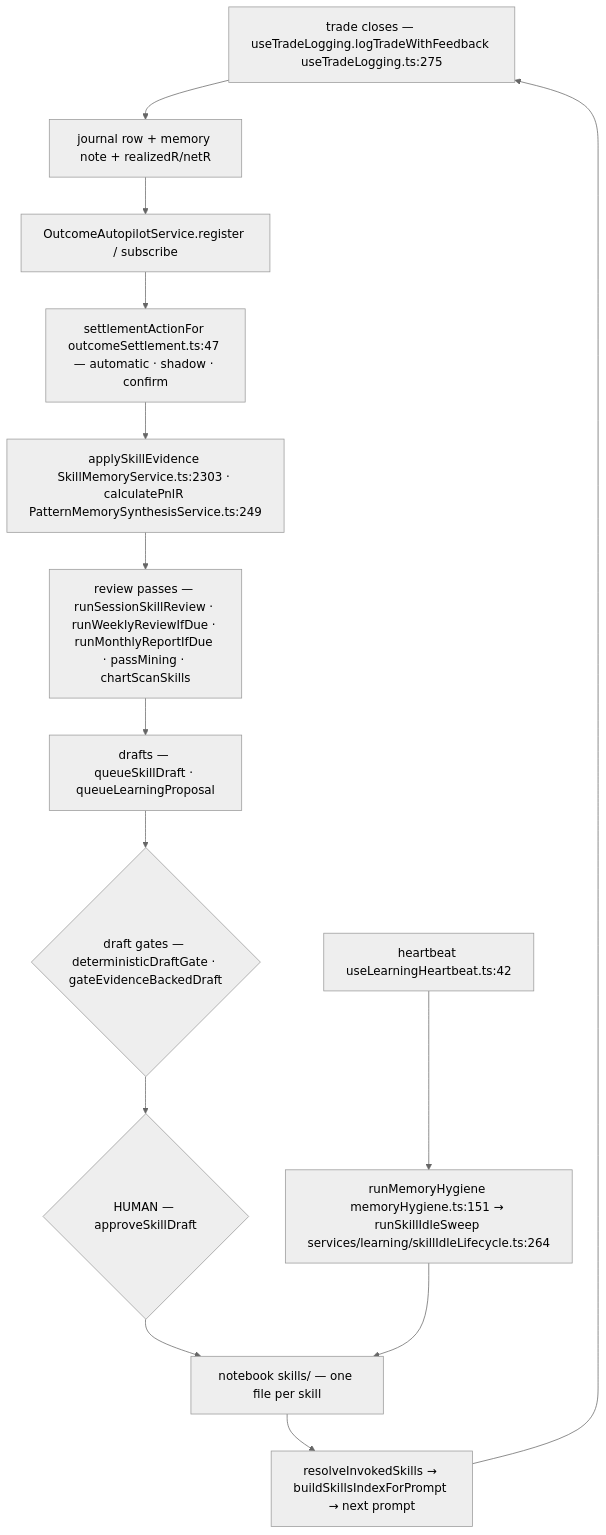
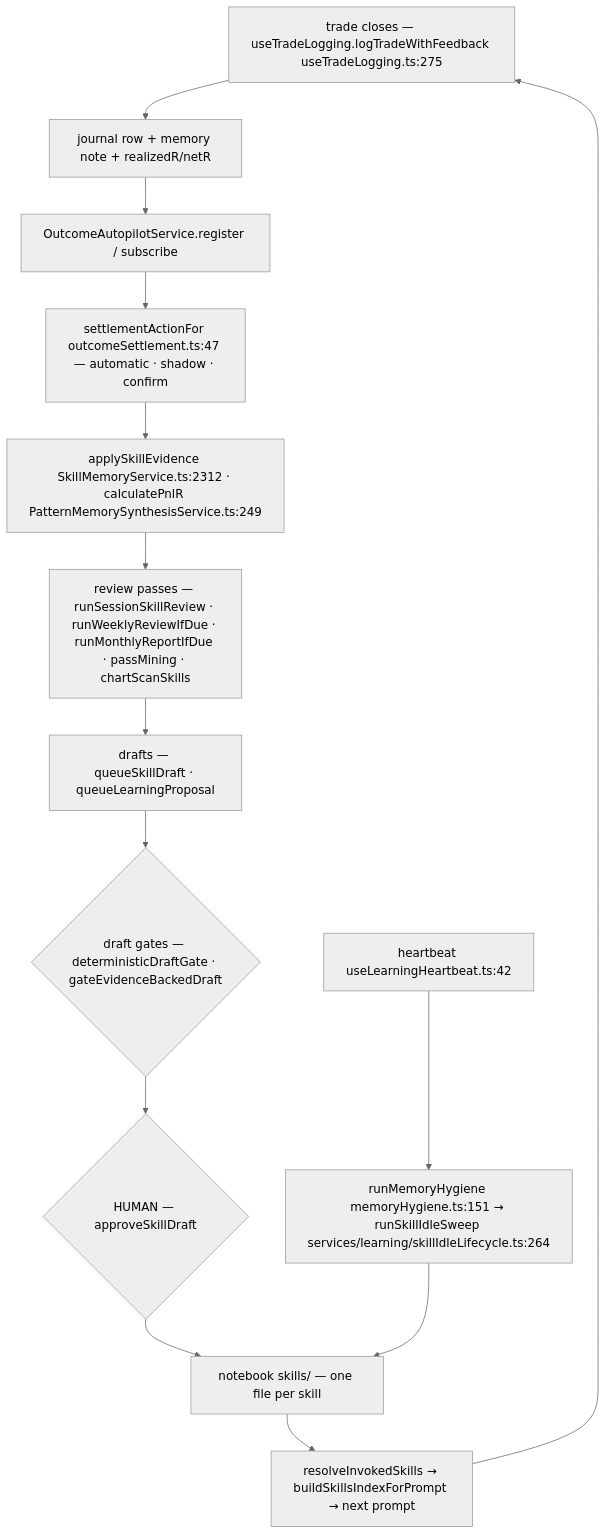
Before and after one commit to Acepay25/august-3.5: the eighth of 8 diagrams in docs/app-flow.md, drawn with Mermaid (neutral theme). The commit also changed other lines of this file and 5 other files, not shown here.

````diff
--- a/docs/app-flow.md
+++ b/docs/app-flow.md
@@ -863,16 +869,16 @@
 ```mermaid
 flowchart TD
     T["trade closes — useTradeLogging.logTradeWithFeedback useTradeLogging.ts:275"] --> J["journal row + memory note + realizedR/netR"]
     J --> A["OutcomeAutopilotService.register / subscribe"]
     A --> S["settlementActionFor outcomeSettlement.ts:47 — automatic · shadow · confirm"]
-    S --> E["applySkillEvidence SkillMemoryService.ts:2303 · calculatePnlR PatternMemorySynthesisService.ts:249"]
+    S --> E["applySkillEvidence SkillMemoryService.ts:2312 · calculatePnlR PatternMemorySynthesisService.ts:249"]
     E --> R["review passes — runSessionSkillReview · runWeeklyReviewIfDue · runMonthlyReportIfDue · passMining · chartScanSkills"]
     R --> D["drafts — queueSkillDraft · queueLearningProposal"]
     D --> G{"draft gates — deterministicDraftGate · gateEvidenceBackedDraft"}
     G --> H{"HUMAN — approveSkillDraft"}
     H --> N["notebook skills/ — one file per skill"]
     N --> I["resolveInvokedSkills → buildSkillsIndexForPrompt → next prompt"]
     I --> T
     X["heartbeat useLearningHeartbeat.ts:42"] --> Y["runMemoryHygiene memoryHygiene.ts:151 → runSkillIdleSweep services/learning/skillIdleLifecycle.ts:264"]
     Y --> N
 ```
````
